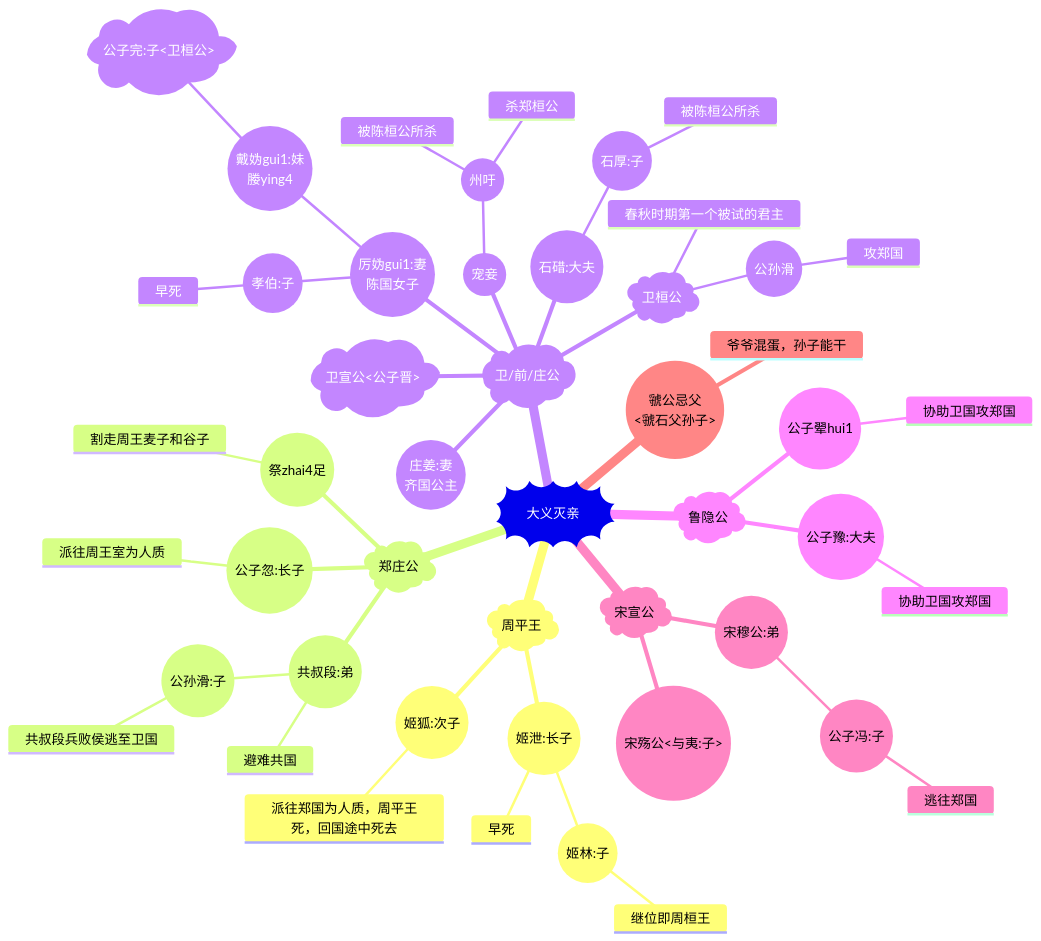
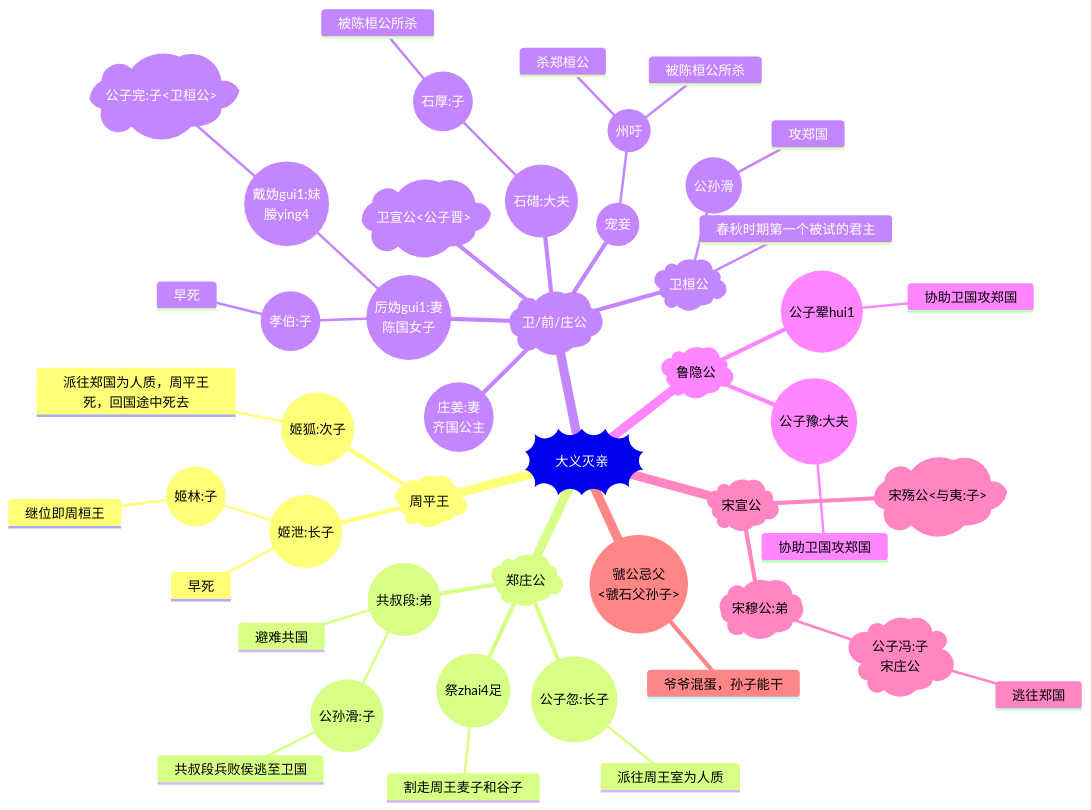
The second of 3 diagrams in 透过地理看历史（春秋篇）03.md (tsuyu2016/read), drawn with Mermaid before and after one commit. The commit also changed other lines of this file and 1 other file, not shown here.

````diff
--- a/透过地理看历史（春秋篇）03.md
+++ b/透过地理看历史（春秋篇）03.md
@@ -45,51 +52,51 @@
 ```mermaid
 mindmap
 root))大义灭亲((
   )周平王(
     ((姬泄:长子))
       早死
       ((姬林:子))
         继位即周桓王
     ((姬狐:次子))
       派往郑国为人质，周平王死，回国途中死去
   )郑庄公(
     ((公子忽:长子))
       派往周王室为人质
     ((共叔段:弟))
       避难共国
       ((公孙滑:子))
         共叔段兵败侯逃至卫国
     ((祭zhai4足))
       割走周王麦子和谷子
   )卫/前/庄公(
     ((庄姜:妻<br>齐国公主))
     ((厉妫gui1:妻<br>陈国女子))
       ((孝伯:子))
         早死
       ((戴妫gui1:妹<br>媵ying4))
         )公子完:子<卫桓公>(
     ((宠妾))
       ((州吁))
         杀郑桓公
         被陈桓公所杀
     ((石碏:大夫))
       ((石厚:子))
         被陈桓公所杀
     )卫桓公(
       春秋时期第一个被试的君主
       ((公孙滑))
         攻郑国
     )卫宣公<公子晋>(
   )鲁隐公(
     ((公子豫:大夫))
       协助卫国攻郑国
     ((公子翚hui1))
       协助卫国攻郑国
   )宋宣公(
-    ((宋殇公<与夷:子>))
-    ((宋穆公:弟))
-      ((公子冯:子))
+    )宋殇公<与夷:子>(
+    )宋穆公:弟(
+      )公子冯:子<br>宋庄公(
         逃往郑国
   ((虢公忌父<br><虢石父孙子>))
     爷爷混蛋，孙子能干
 ```
````
